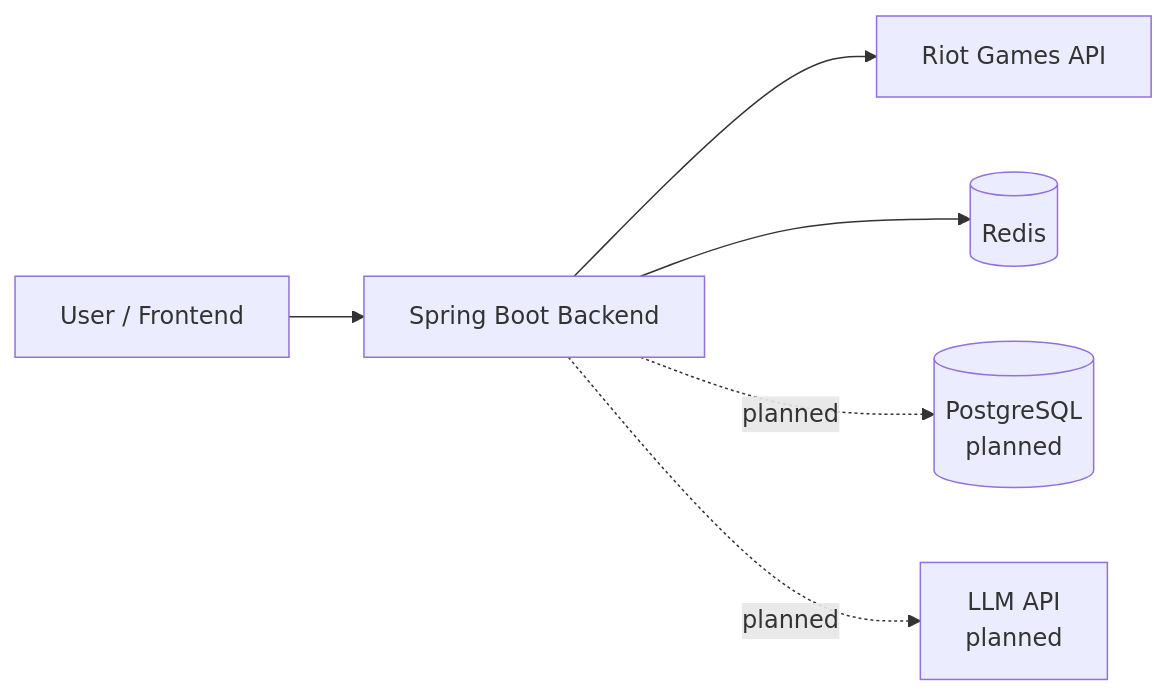
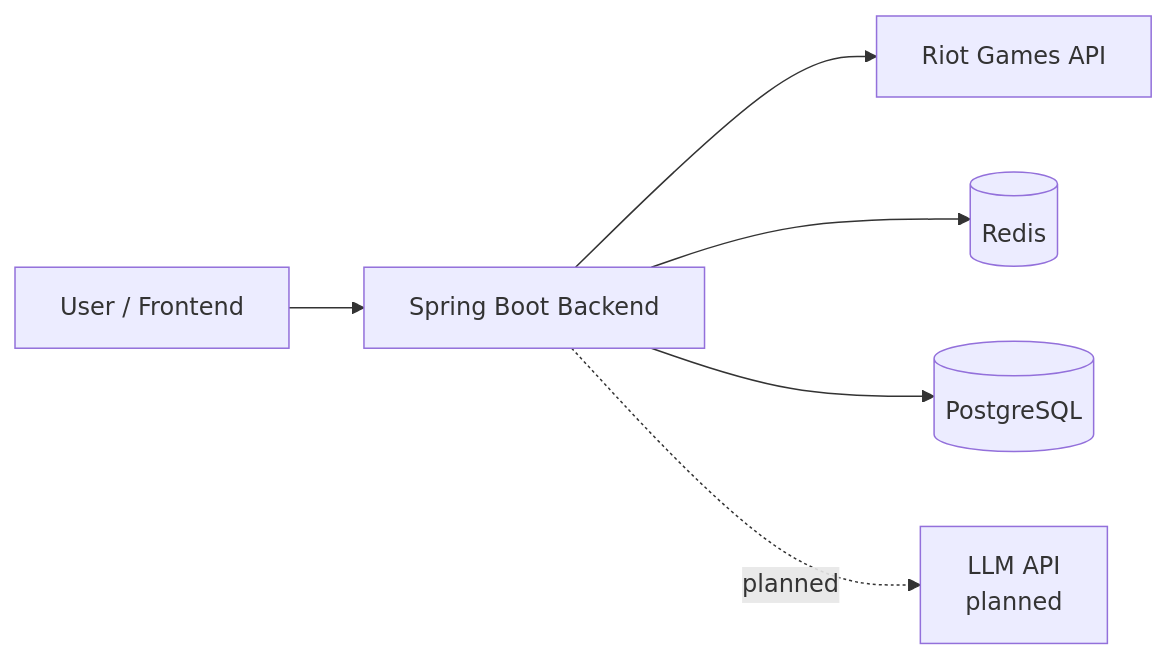
The diagram in docs/architecture.md (Nekke0409/lol-insight), drawn with Mermaid before and after one commit. The commit also changed other lines of this file and 17 other files, not shown here.

Commit message:
feat: add PostgreSQL persistence for benchmark samples

````diff
--- a/docs/architecture.md
+++ b/docs/architecture.md
@@ -44,15 +44,15 @@
 ```mermaid
 flowchart LR
     User[User / Frontend]
     App[Spring Boot Backend]
     Riot[Riot Games API]
     Cache[(Redis)]
-    DB[(PostgreSQL<br/>planned)]
+    DB[(PostgreSQL)]
     LLM[LLM API<br/>planned]
 
     User --> App
     App --> Riot
     App --> Cache
-    App -. planned .-> DB
+    App --> DB
     App -. planned .-> LLM
 ```
````
